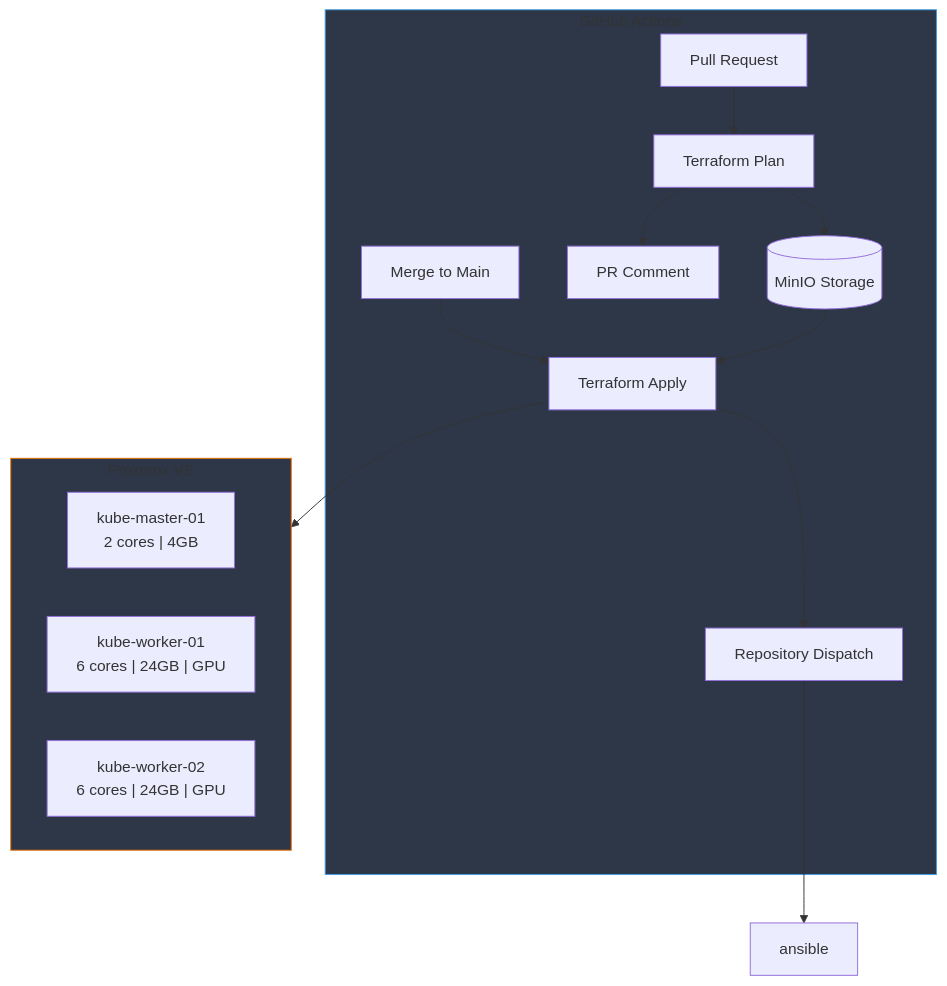
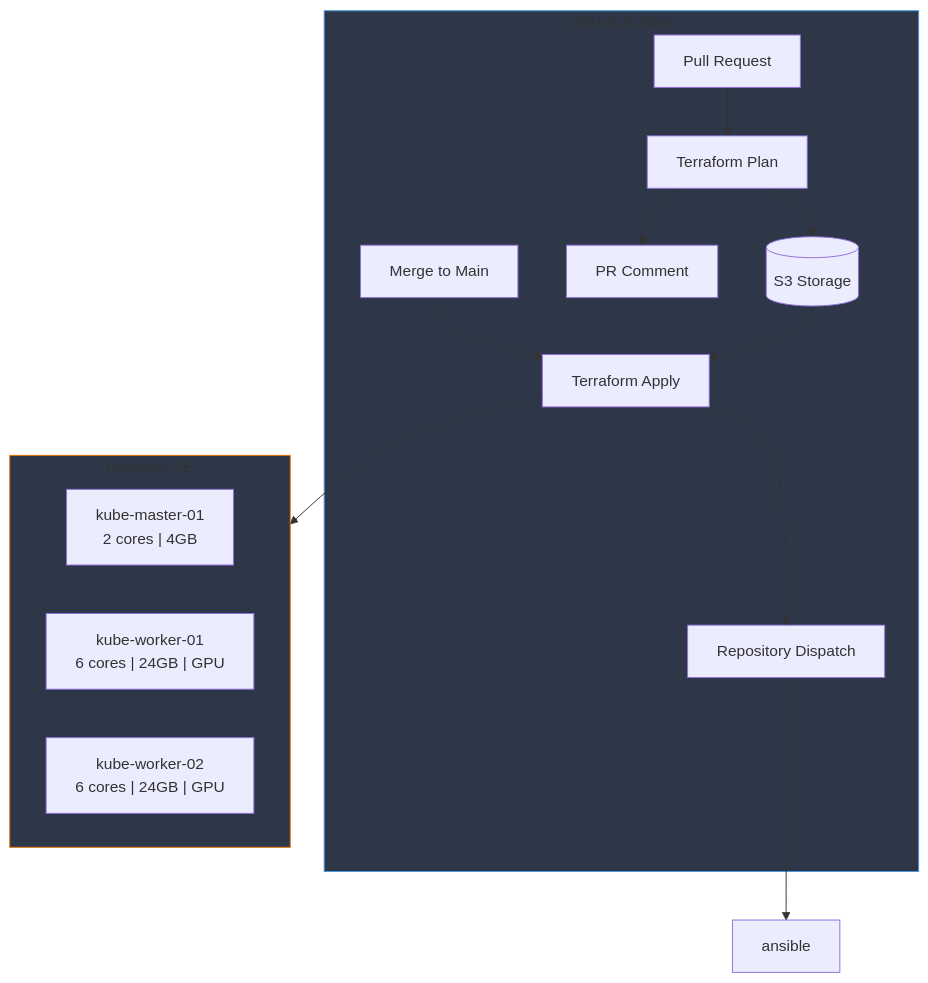
Before and after one commit to Starktastic-Homelab/terraform: the first of 4 diagrams in README.md, drawn with Mermaid. The commit also changed other lines of this file and 4 other files, not shown here.

First line of the commit message:
feat: migrate from MinIO to Garage for S3 storage (#149)

````diff
--- a/README.md
+++ b/README.md
@@ -15,23 +15,23 @@
 ```mermaid
 flowchart TB
     subgraph GH["GitHub Actions"]
         PR[Pull Request] --> Plan[Terraform Plan]
-        Plan --> MinIO[(MinIO Storage)]
+        Plan --> S3[(S3 Storage)]
         Plan --> Comment[PR Comment]
         Merge[Merge to Main] --> Apply[Terraform Apply]
         Apply --> Dispatch[Repository Dispatch]
     end
     
     subgraph Proxmox["Proxmox VE"]
         Master["kube-master-01<br/>2 cores | 4GB"]
         Worker1["kube-worker-01<br/>6 cores | 24GB | GPU"]
         Worker2["kube-worker-02<br/>6 cores | 24GB | GPU"]
     end
     
-    MinIO --> Apply
+    S3 --> Apply
     Apply --> Proxmox
     Dispatch --> Ansible[ansible]
     
     style GH fill:#2d3748,stroke:#4299e1
     style Proxmox fill:#2d3748,stroke:#e57000
 ```
````
